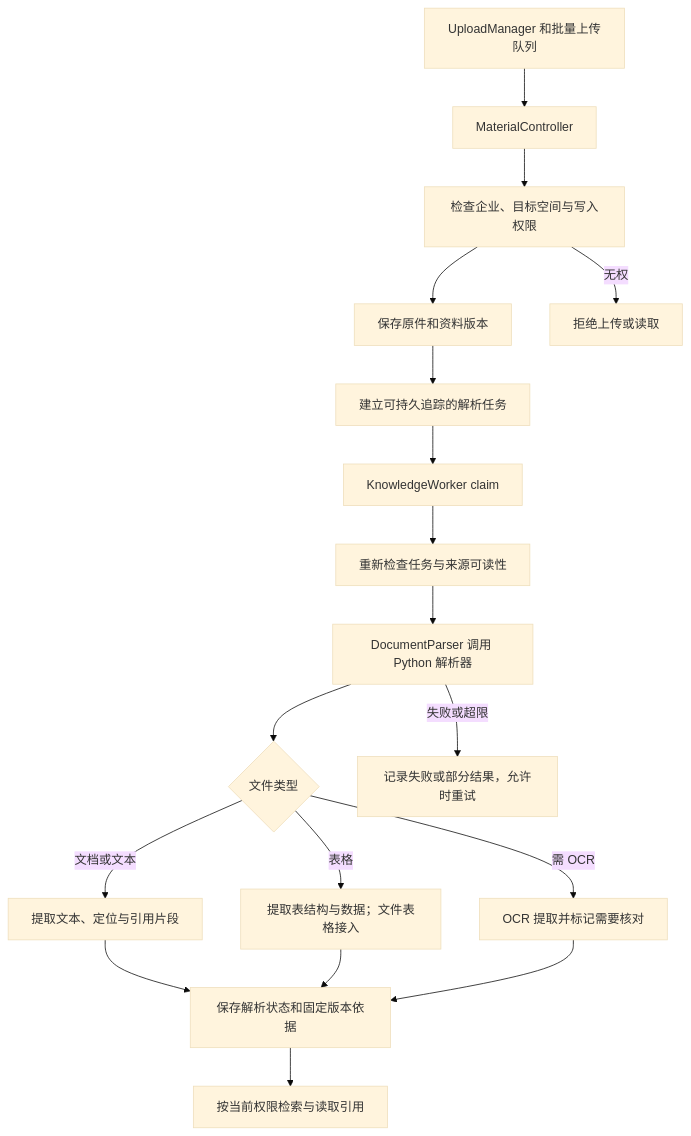
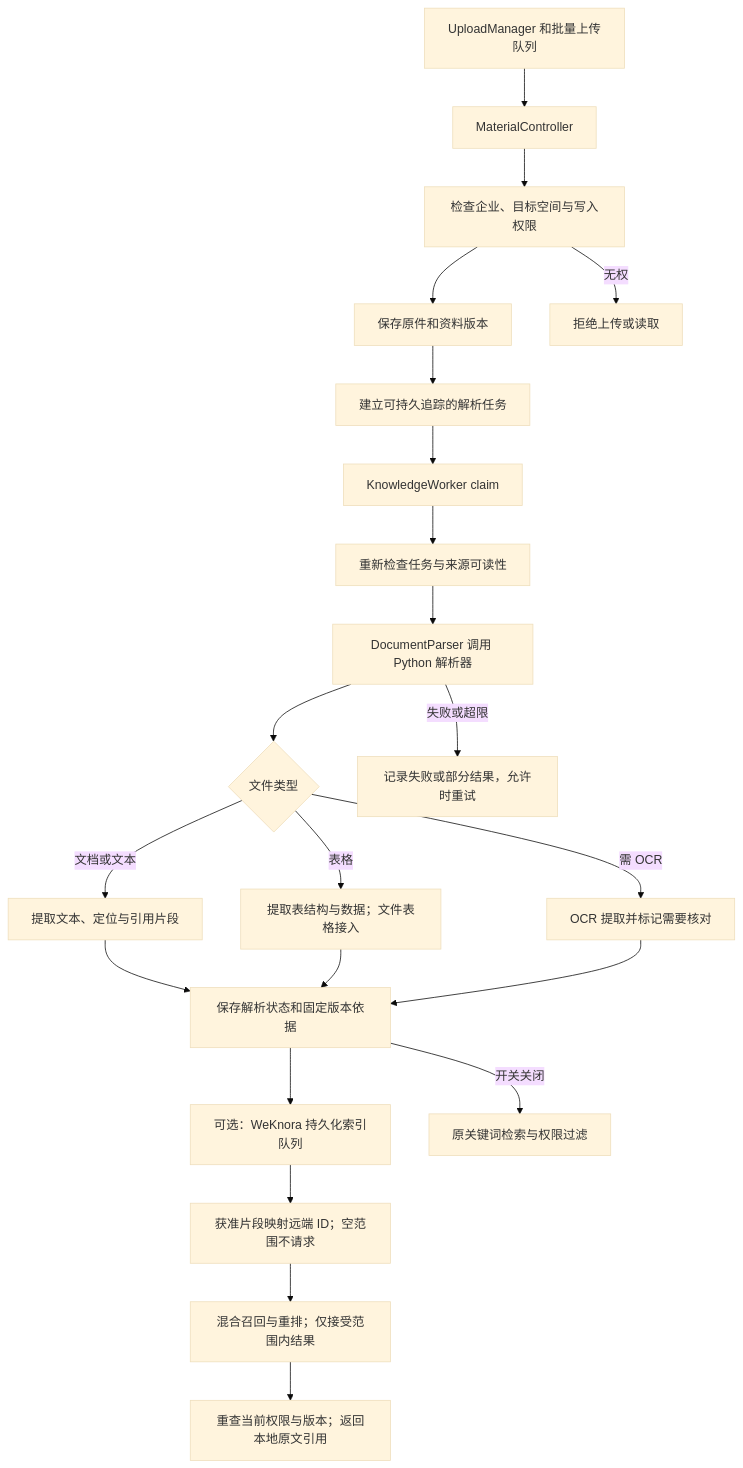
The sixth of 20 diagrams in docs/项目流程图/02-实现流程.md (luofanghao9784/mengine-app), drawn with Mermaid (base theme) before and after one commit. The commit also changed 72 other files, not shown here.

Commit message:
feat: add scoped WeKnora retrieval and optional first-batch adapters

````diff
--- a/docs/项目流程图/02-实现流程.md
+++ b/docs/项目流程图/02-实现流程.md
@@ -142,20 +142,24 @@
 ```mermaid
 flowchart TD
   n_upload["UploadManager 和批量上传队列"] --> n_api["MaterialController"]
   n_api --> n_access["检查企业、目标空间与写入权限"]
   n_access --> n_store["保存原件和资料版本"]
   n_store --> n_run["建立可持久追踪的解析任务"]
   n_run --> n_worker["KnowledgeWorker claim"]
   n_worker --> n_verify["重新检查任务与来源可读性"]
   n_verify --> n_parser["DocumentParser 调用 Python 解析器"]
   n_parser --> n_type{"文件类型"}
   n_type -->|"文档或文本"| n_chunks["提取文本、定位与引用片段"]
   n_type -->|"表格"| n_table["提取表结构与数据；文件表格接入"]
   n_type -->|"需 OCR"| n_ocr["OCR 提取并标记需要核对"]
   n_chunks --> n_finish["保存解析状态和固定版本依据"]
   n_table --> n_finish
   n_ocr --> n_finish
-  n_finish --> n_retrieval["按当前权限检索与读取引用"]
+  n_finish --> index["可选：WeKnora 持久化索引队列"]
+  index --> scoped["获准片段映射远端 ID；空范围不请求"]
+  scoped --> hybrid["混合召回与重排；仅接受范围内结果"]
+  hybrid --> n_retrieval["重查当前权限与版本；返回本地原文引用"]
+  n_finish -->|"开关关闭"| legacy["原关键词检索与权限过滤"]
   n_parser -->|"失败或超限"| n_error["记录失败或部分结果，允许时重试"]
   n_access -->|"无权"| n_deny["拒绝上传或读取"]
 ```
````
